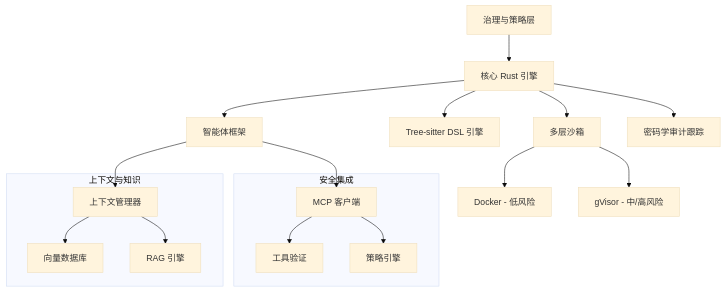
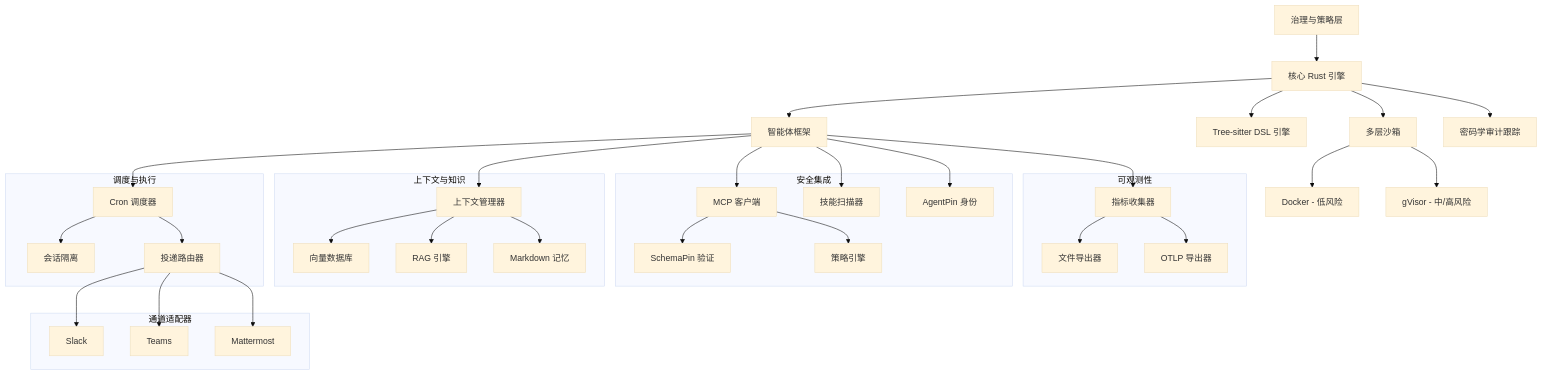
The diagram in docs/index.zh-cn.md (ThirdKeyAI/Symbiont), drawn with Mermaid (base theme) before and after one commit. The commit also changed other lines of this file and 25 other files, not shown here.

````diff
--- a/docs/index.zh-cn.md
+++ b/docs/index.zh-cn.md
@@ -100,29 +107,62 @@
 ```mermaid
 graph TB
     A[治理与策略层] --> B[核心 Rust 引擎]
     B --> C[智能体框架]
     B --> D[Tree-sitter DSL 引擎]
     B --> E[多层沙箱]
     E --> F[Docker - 低风险]
     E --> G[gVisor - 中/高风险]
     B --> I[密码学审计跟踪]
-    
+
+    subgraph "调度与执行"
+        S[Cron 调度器]
+        H[会话隔离]
+        R[投递路由器]
+    end
+
+    subgraph "通道适配器"
+        SL[Slack]
+        TM[Teams]
+        MM[Mattermost]
+    end
+
     subgraph "上下文与知识"
         J[上下文管理器]
         K[向量数据库]
         L[RAG 引擎]
+        MD[Markdown 记忆]
     end
-    
+
     subgraph "安全集成"
         M[MCP 客户端]
-        N[工具验证]
+        N[SchemaPin 验证]
         O[策略引擎]
+        P[AgentPin 身份]
+        SK[技能扫描器]
     end
-    
+
+    subgraph "可观测性"
+        MET[指标收集器]
+        FE[文件导出器]
+        OT[OTLP 导出器]
+    end
+
+    C --> S
+    S --> H
+    S --> R
+    R --> SL
+    R --> TM
+    R --> MM
     C --> J
     C --> M
+    C --> SK
     J --> K
     J --> L
+    J --> MD
     M --> N
     M --> O
+    C --> P
+    C --> MET
+    MET --> FE
+    MET --> OT
 ```
````
